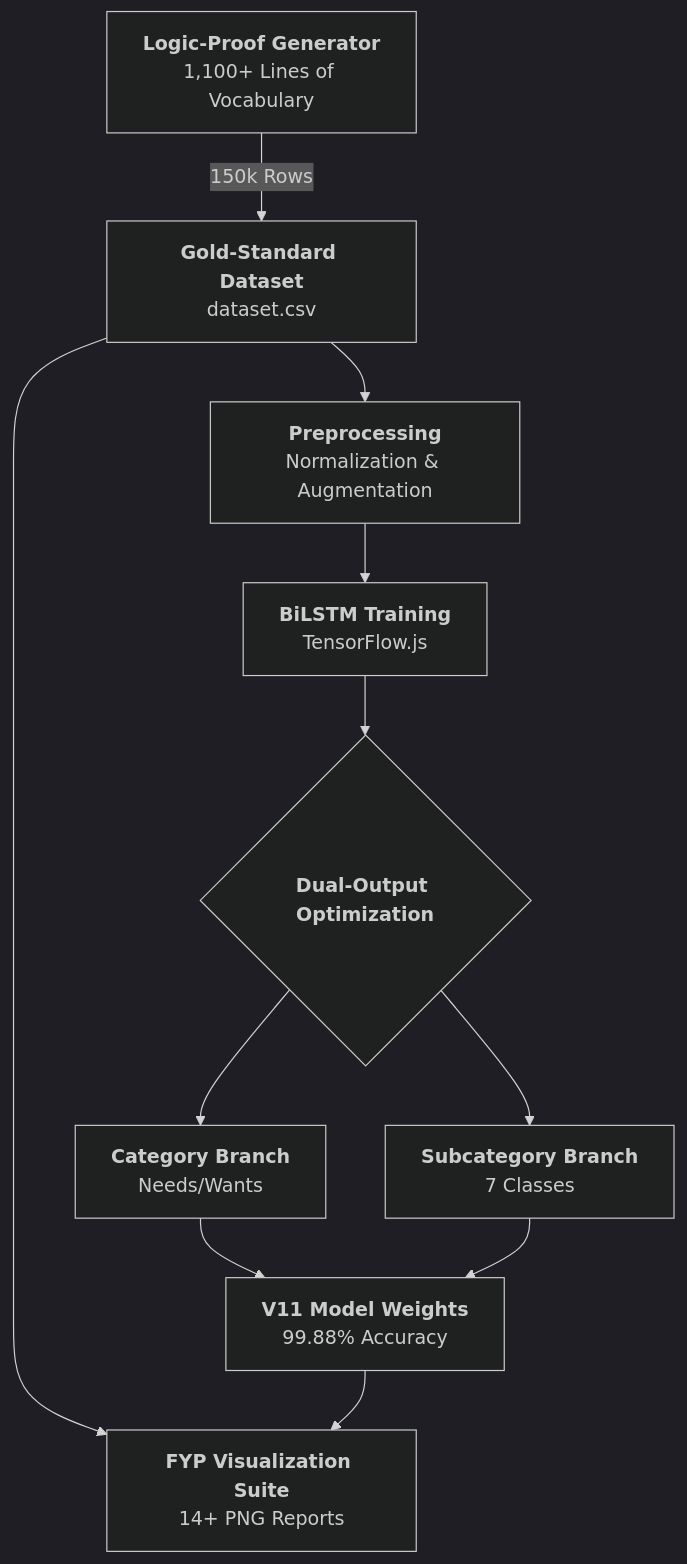
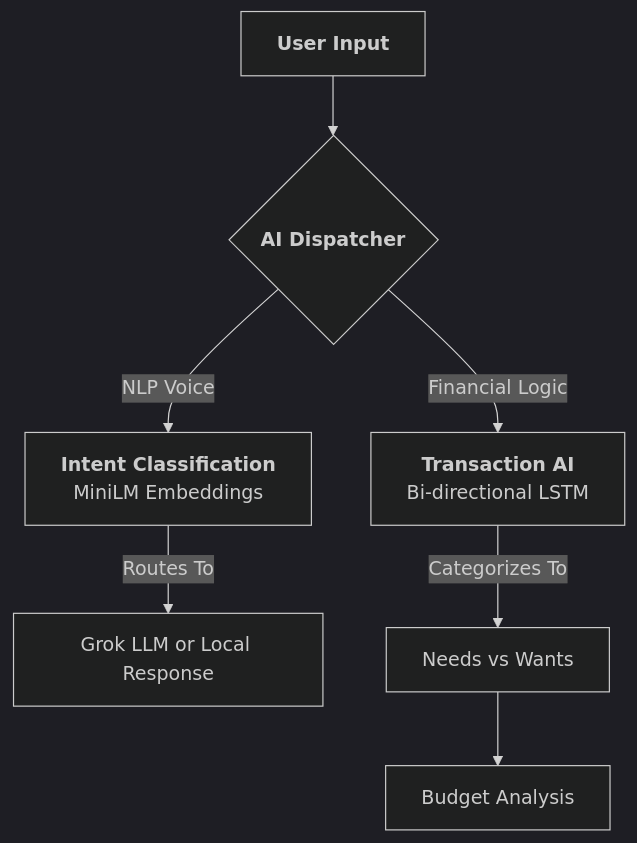
The diagram in README.md (izwanGit/beruang-ai-backend), drawn with Mermaid (dark theme) before and after one commit. The commit also changed other lines of this file, not shown here.

First line of the commit message:
docs: DUAL-AI VISUALIZATION MEGA UPGRADE 🐻📊

````diff
--- a/README.md
+++ b/README.md
@@ -25,11 +25,9 @@
 ```mermaid
 graph TD
-    A[<b>Logic-Proof Generator</b><br/>1,100+ Lines of Vocabulary] -->|150k Rows| B[<b>Gold-Standard Dataset</b><br/>dataset.csv]
-    B --> C[<b>Preprocessing</b><br/>Normalization & Augmentation]
-    C --> D[<b>BiLSTM Training</b><br/>TensorFlow.js]
-    D --> E{<b>Dual-Output Optimization</b>}
-    E --> F[<b>Category Branch</b><br/>Needs/Wants]
-    E --> G[<b>Subcategory Branch</b><br/>7 Classes]
-    F & G --> H[<b>V11 Model Weights</b><br/>99.88% Accuracy]
-    B & H --> I[<b>FYP Visualization Suite</b><br/>14+ PNG Reports]
+    A[<b>User Input</b>] --> B{<b>AI Dispatcher</b>}
+    B -->|NLP Voice| C[<b>Intent Classification</b><br/>MiniLM Embeddings]
+    B -->|Financial Logic| D[<b>Transaction AI</b><br/>Bi-directional LSTM]
+    C -->|Routes To| E[Grok LLM or Local Response]
+    D -->|Categorizes To| F[Needs vs Wants]
+    F --> G[Budget Analysis]
 ```
````
